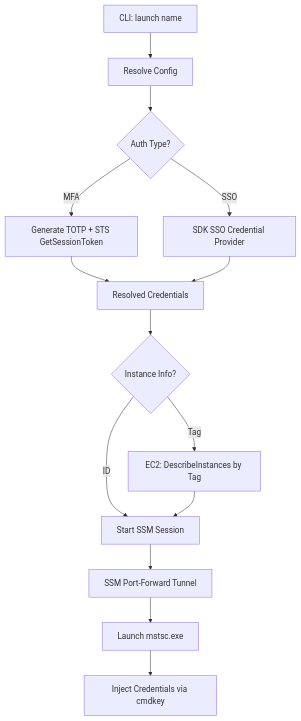
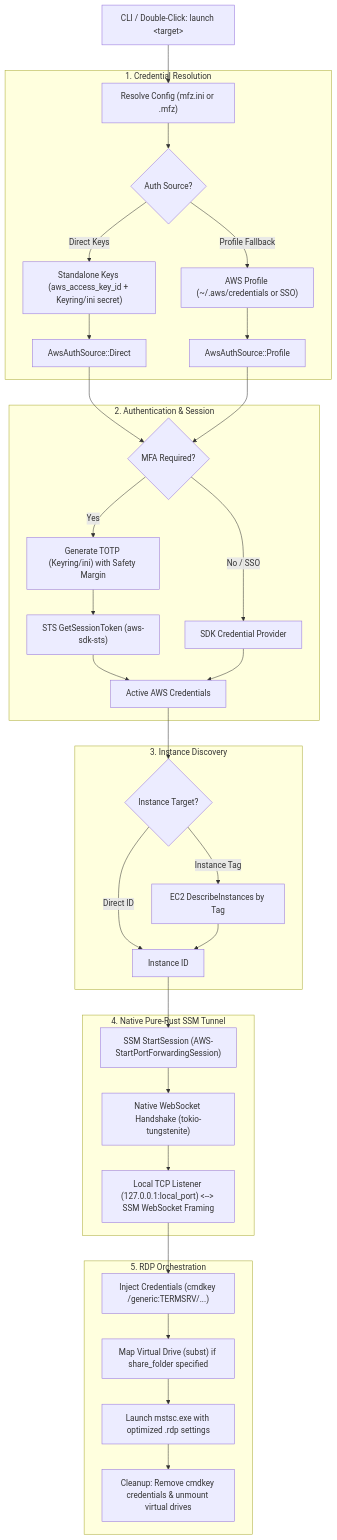
Before and after one commit to tatran0195/mfz: the diagram in README.dev.md, drawn with Mermaid. The commit also changed other lines of this file and 1 other file, not shown here.

Commit message:
docs: update README and README.dev with standalone credentials and native SSM tunnel architecture

````diff
--- a/README.dev.md
+++ b/README.dev.md
@@ -17,16 +17,42 @@
 ```mermaid
 graph TD
-    A[CLI: launch name] --> B[Resolve Config]
-    B --> C{Auth Type?}
-    C -->|MFA| D[Generate TOTP + STS GetSessionToken]
-    C -->|SSO| E[SDK SSO Credential Provider]
-    D --> F[Resolved Credentials]
-    E --> F
-    F --> G{Instance Info?}
-    G -->|ID| H[Start SSM Session]
-    G -->|Tag| I[EC2: DescribeInstances by Tag]
-    I --> H[Start SSM Session]
-    H --> J[SSM Port-Forward Tunnel]
-    J --> K[Launch mstsc.exe]
-    K --> L[Inject Credentials via cmdkey]
+    A["CLI / Double-Click: launch &lt;target&gt;"] --> B["Resolve Config (mfz.ini or .mfz)"]
+    
+    subgraph Credentials ["1. Credential Resolution"]
+        B --> C{"Auth Source?"}
+        C -->|Direct Keys| D["Standalone Keys (aws_access_key_id + Keyring/ini secret)"]
+        C -->|Profile Fallback| E["AWS Profile (~/.aws/credentials or SSO)"]
+        D --> F["AwsAuthSource::Direct"]
+        E --> G["AwsAuthSource::Profile"]
+    end
+
+    subgraph Auth ["2. Authentication &amp; Session"]
+        F --> H{"MFA Required?"}
+        G --> H
+        H -->|Yes| I["Generate TOTP (Keyring/ini) with Safety Margin"]
+        I --> J["STS GetSessionToken (aws-sdk-sts)"]
+        H -->|No / SSO| K["SDK Credential Provider"]
+        J --> L["Active AWS Credentials"]
+        K --> L
+    end
+
+    subgraph Discovery ["3. Instance Discovery"]
+        L --> M{"Instance Target?"}
+        M -->|Direct ID| N["Instance ID"]
+        M -->|Instance Tag| O["EC2 DescribeInstances by Tag"]
+        O --> N
+    end
+
+    subgraph Tunnel ["4. Native Pure-Rust SSM Tunnel"]
+        N --> P["SSM StartSession (AWS-StartPortForwardingSession)"]
+        P --> Q["Native WebSocket Handshake (tokio-tungstenite)"]
+        Q --> R["Local TCP Listener (127.0.0.1:local_port) &lt;--&gt; SSM WebSocket Framing"]
+    end
+
+    subgraph RDP ["5. RDP Orchestration"]
+        R --> S["Inject Credentials (cmdkey /generic:TERMSRV/...)"]
+        S --> T["Map Virtual Drive (subst) if share_folder specified"]
+        T --> U["Launch mstsc.exe with optimized .rdp settings"]
+        U --> V["Cleanup: Remove cmdkey credentials &amp; unmount virtual drives"]
+    end
 ```
````
